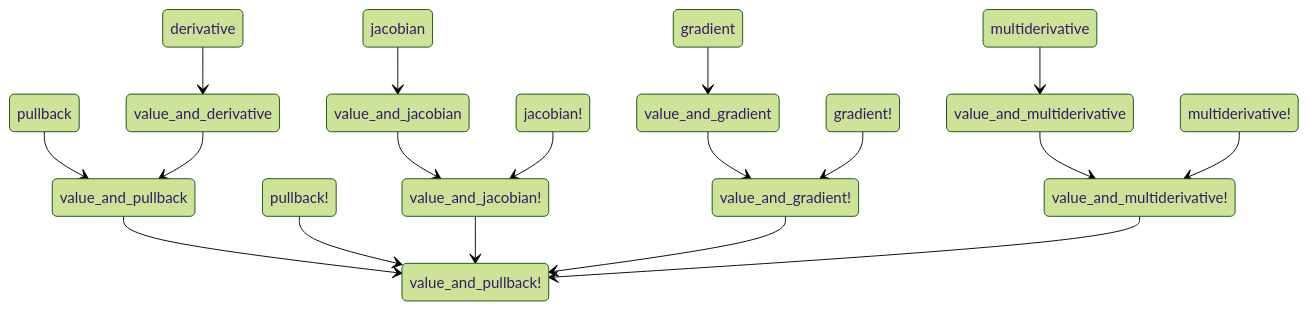
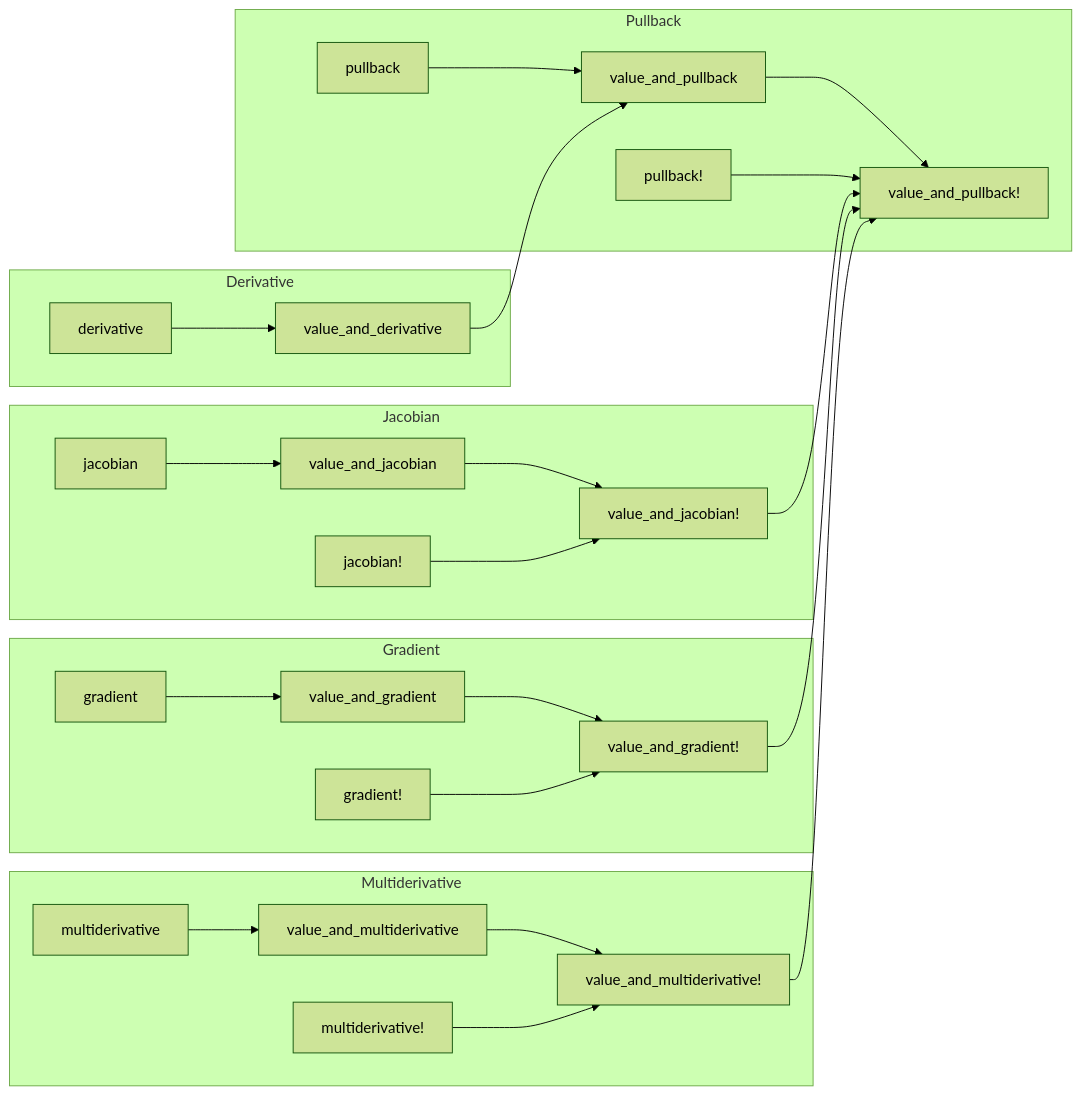
The second of 2 diagrams in docs/src/developer.md (gdalle/DifferentiationInterface.jl), drawn with Mermaid (forest theme) before and after one commit. The commit also changed other lines of this file, not shown here.

Commit message:
Improve Mermaid diagrams

````diff
--- a/docs/src/developer.md
+++ b/docs/src/developer.md
@@ -47,26 +56,35 @@
 ```mermaid
-stateDiagram-v2
+flowchart LR
+    subgraph Gradient
+    gradient --> value_and_gradient
+    value_and_gradient --> value_and_gradient!
+    gradient! --> value_and_gradient!
+    end
+
+    subgraph Jacobian
+    jacobian --> value_and_jacobian
+    value_and_jacobian --> value_and_jacobian!
+    jacobian! --> value_and_jacobian!
+    end
+
+    subgraph Multiderivative
+    multiderivative --> value_and_multiderivative
+    value_and_multiderivative --> value_and_multiderivative!
+    multiderivative! --> value_and_multiderivative!
+    end
+
+    subgraph Derivative
+    derivative --> value_and_derivative
+    end
+
+    subgraph Pullback
     pullback --> value_and_pullback
     value_and_pullback --> value_and_pullback!
     pullback! --> value_and_pullback!
+    end
 
-    jacobian --> value_and_jacobian
-    value_and_jacobian --> value_and_jacobian!
-    jacobian! --> value_and_jacobian!
     value_and_jacobian! --> value_and_pullback!
-
-
-    gradient --> value_and_gradient
-    value_and_gradient --> value_and_gradient!
-    gradient! --> value_and_gradient!
     value_and_gradient! --> value_and_pullback!
-
-    multiderivative --> value_and_multiderivative
-    value_and_multiderivative --> value_and_multiderivative!
-    multiderivative! --> value_and_multiderivative!
     value_and_multiderivative! --> value_and_pullback!
-
-
-    derivative --> value_and_derivative
     value_and_derivative --> value_and_pullback
 ```
````
